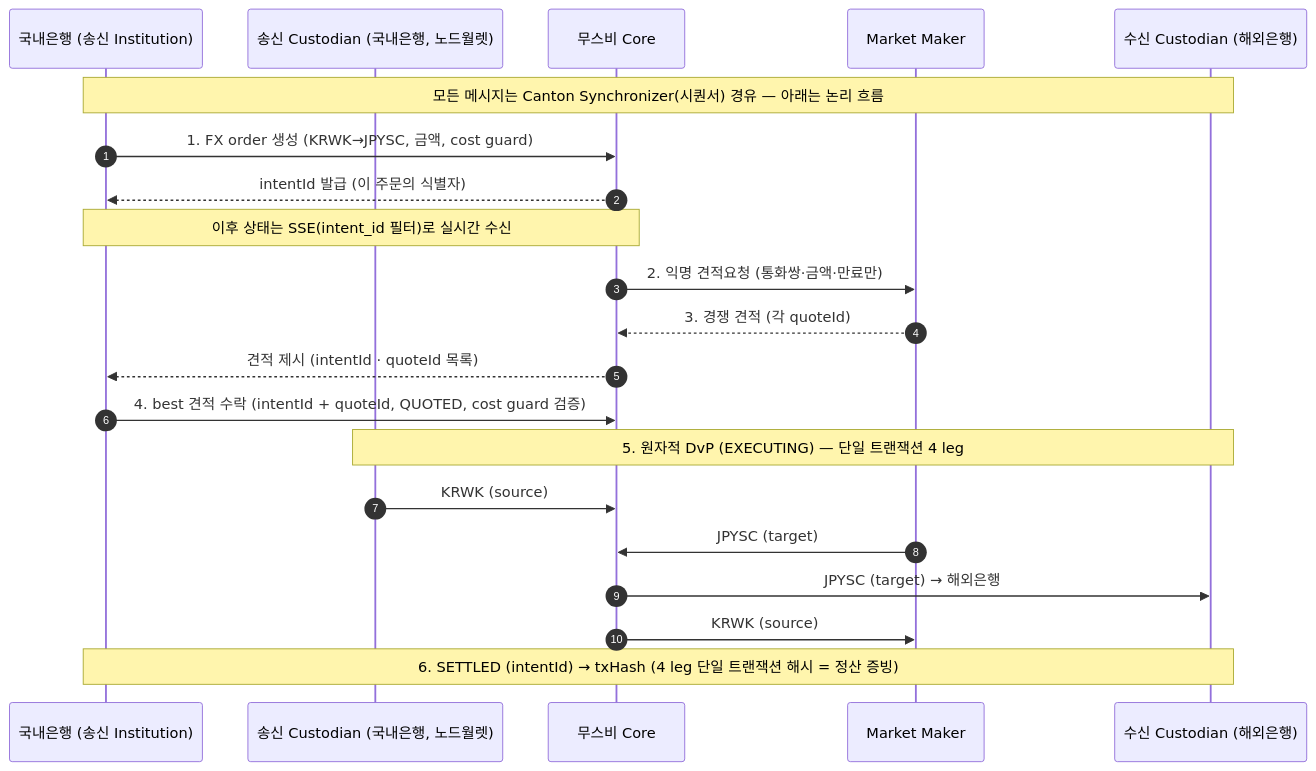
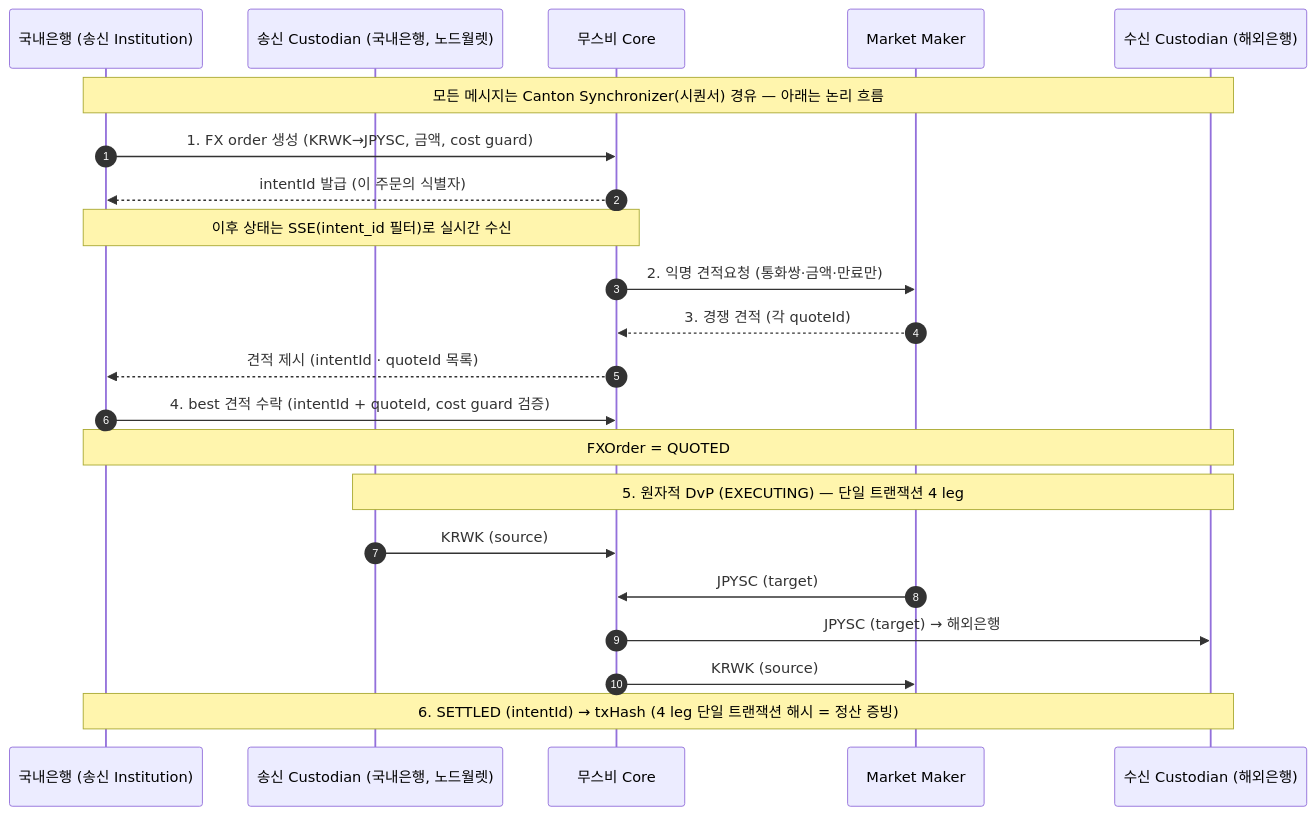
One commit to eunsujeo/canton-docs changed the diagram in dev/docs/poc/verification.md. Above: the diagram before and after it, drawn with Mermaid. The commit also changed other lines of this file, not shown here.

Commit message:
docs(poc): verification 리뷰 반영 (1·3)
1. §9 Audit Exports txHash → transactionHash (musubi-overview와 통일)
3. §7 다이어그램 "QUOTED"를 라벨에서 빼 Note로(EXECUTING·SETTLED 노트와 스타일 일치)

````diff
--- a/dev/docs/poc/verification.md
+++ b/dev/docs/poc/verification.md
@@ -138,23 +138,24 @@
 ```mermaid
 sequenceDiagram
     autonumber
     participant I as 국내은행 (송신 Institution)
     participant SC as 송신 Custodian (국내은행, 노드월렛)
     participant V as 무스비 Core
     participant MM as Market Maker
     participant RC as 수신 Custodian (해외은행)
     Note over I,RC: 모든 메시지는 Canton Synchronizer(시퀀서) 경유 — 아래는 논리 흐름
     I->>V: 1. FX order 생성 (KRWK→JPYSC, 금액, cost guard)
     V-->>I: intentId 발급 (이 주문의 식별자)
     Note over I,V: 이후 상태는 SSE(intent_id 필터)로 실시간 수신
     V->>MM: 2. 익명 견적요청 (통화쌍·금액·만료만)
     MM-->>V: 3. 경쟁 견적 (각 quoteId)
     V-->>I: 견적 제시 (intentId · quoteId 목록)
-    I->>V: 4. best 견적 수락 (intentId + quoteId, QUOTED, cost guard 검증)
+    I->>V: 4. best 견적 수락 (intentId + quoteId, cost guard 검증)
+    Note over I,RC: FXOrder = QUOTED
     Note over SC,RC: 5. 원자적 DvP (EXECUTING) — 단일 트랜잭션 4 leg
     SC->>V: KRWK (source)
     MM->>V: JPYSC (target)
     V->>RC: JPYSC (target) → 해외은행
     V->>MM: KRWK (source)
     Note over I,RC: 6. SETTLED (intentId) → txHash (4 leg 단일 트랜잭션 해시 = 정산 증빙)
 ```
````
